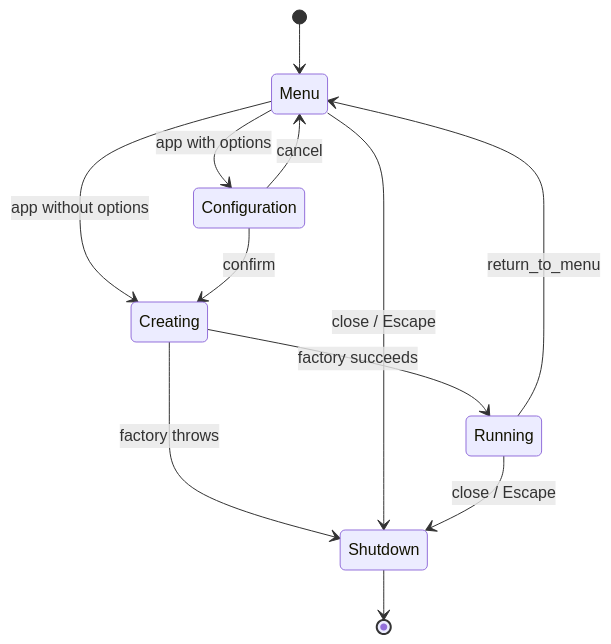
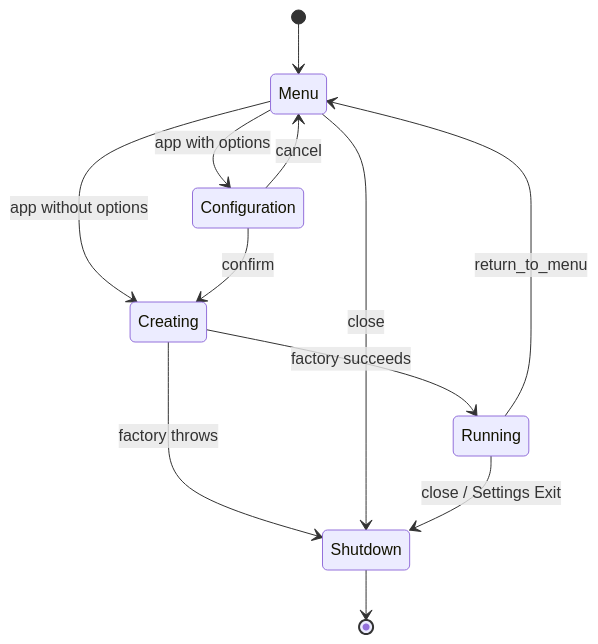
One commit to SMB-M87/Kinetra-Lab changed the first of 2 diagrams in docs/launcher-overlays.md. Above: the diagram before and after it, drawn with Mermaid. The commit also changed other lines of this file and 43 other files, not shown here.

````diff
--- a/docs/launcher-overlays.md
+++ b/docs/launcher-overlays.md
@@ -40,15 +44,15 @@
 ```mermaid
 stateDiagram-v2
     direction TB
     [*] --> Menu
     Menu --> Configuration: app with options
     Configuration --> Menu: cancel
     Menu --> Creating: app without options
     Configuration --> Creating: confirm
     Creating --> Running: factory succeeds
     Creating --> Shutdown: factory throws
     Running --> Menu: return_to_menu
-    Menu --> Shutdown: close / Escape
-    Running --> Shutdown: close / Escape
+    Menu --> Shutdown: close
+    Running --> Shutdown: close / Settings Exit
     Shutdown --> [*]
 ```
````
